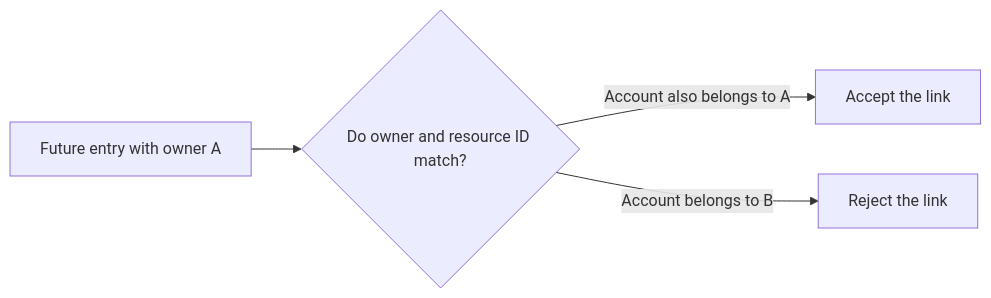
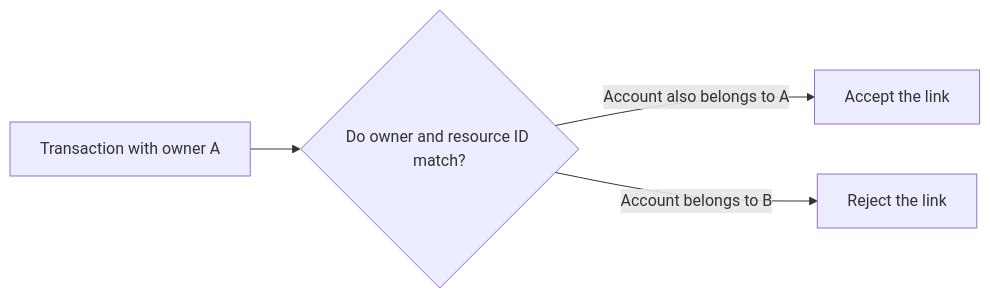
Before and after one commit to jaminwebdev/hono-drizzle-api: the second of 4 diagrams in docs/database-guide.md, drawn with Mermaid. The commit also changed other lines of this file and 8 other files, not shown here.

````diff
--- a/docs/database-guide.md
+++ b/docs/database-guide.md
@@ -61,6 +61,6 @@
 ```mermaid
 flowchart LR
-    Entry["Future entry with owner A"] --> Check{"Do owner and resource ID match?"}
+    Entry["Transaction with owner A"] --> Check{"Do owner and resource ID match?"}
     Check -->|"Account also belongs to A"| Accept["Accept the link"]
     Check -->|"Account belongs to B"| Reject["Reject the link"]
 ```
````
